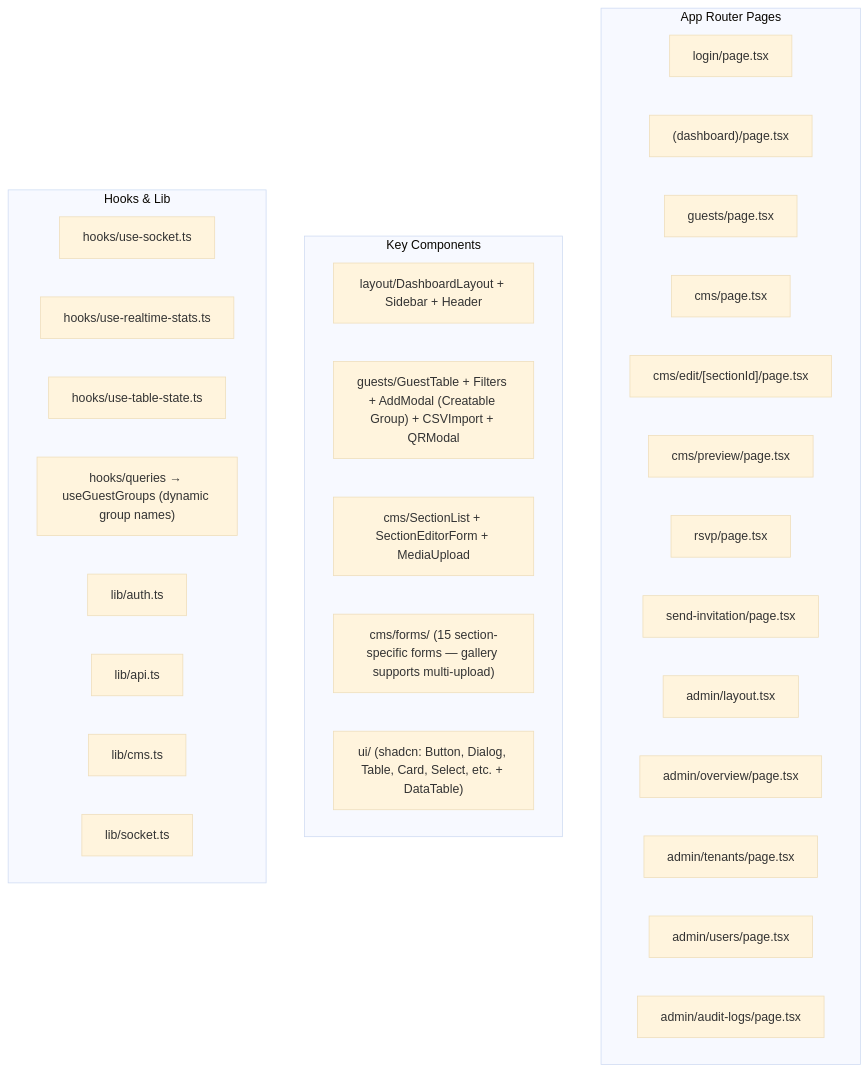
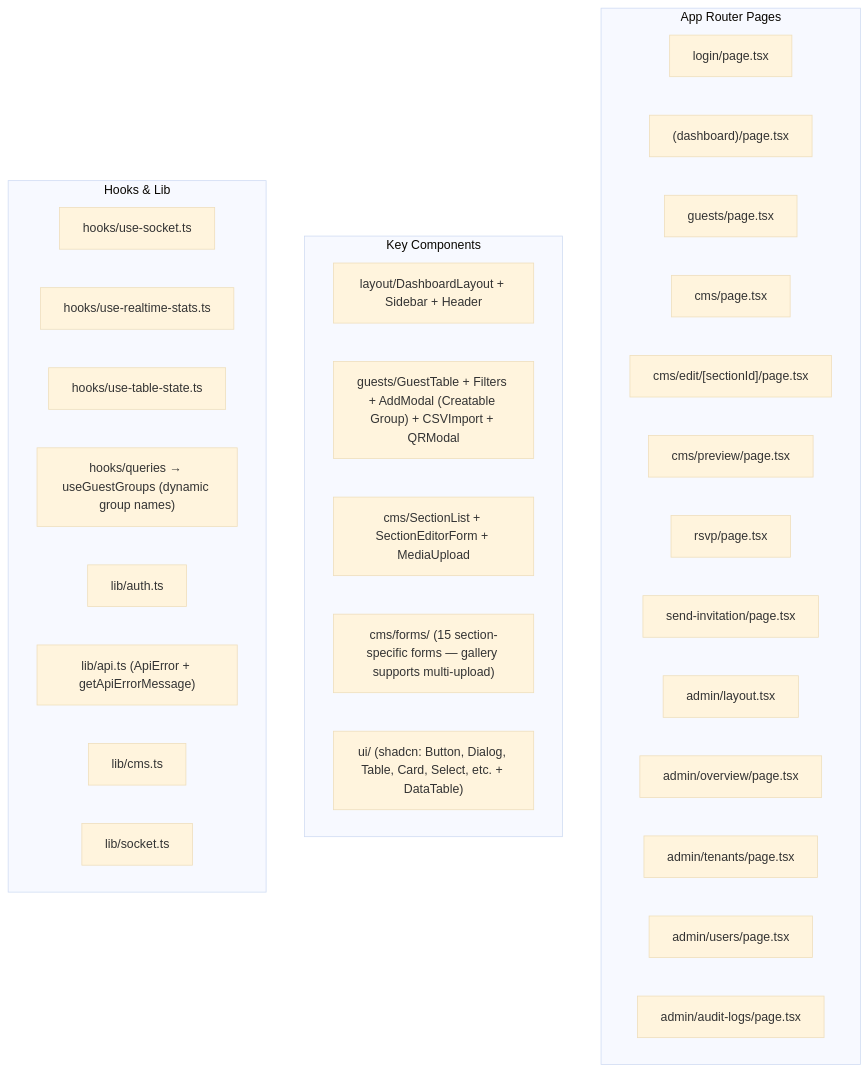
One commit to maru-story/wedding-ecosystem changed the fourth of 5 diagrams in .agents/summary/components.md. Above: the diagram before and after it, drawn with Mermaid (base theme). The commit also changed other lines of this file and 18 other files, not shown here.

First line of the commit message:
fix(frontend): sync error message handling with backend ApiError format

````diff
--- a/.agents/summary/components.md
+++ b/.agents/summary/components.md
@@ -147,37 +147,37 @@
 ```mermaid
 graph TB
     subgraph "App Router Pages"
         Login["login/page.tsx"]
         Home["(dashboard)/page.tsx"]
         Guests["guests/page.tsx"]
         CMS["cms/page.tsx"]
         CMSEdit["cms/edit/[sectionId]/page.tsx"]
         CMSPreview["cms/preview/page.tsx"]
         RSVP["rsvp/page.tsx"]
         SendInvitation["send-invitation/page.tsx"]
         AdminLayout["admin/layout.tsx"]
         AdminOverview["admin/overview/page.tsx"]
         AdminTenants["admin/tenants/page.tsx"]
         AdminUsers["admin/users/page.tsx"]
         AdminAudit["admin/audit-logs/page.tsx"]
     end
 
     subgraph "Key Components"
         Layout["layout/DashboardLayout + Sidebar + Header"]
         GuestTable["guests/GuestTable + Filters + AddModal (Creatable Group) + CSVImport + QRModal"]
         CMSComp["cms/SectionList + SectionEditorForm + MediaUpload"]
         Forms["cms/forms/ (15 section-specific forms — gallery supports multi-upload)"]
         UI["ui/ (shadcn: Button, Dialog, Table, Card, Select, etc. + DataTable)"]
     end
 
     subgraph "Hooks & Lib"
         UseSocket["hooks/use-socket.ts"]
         UseStats["hooks/use-realtime-stats.ts"]
         UseTable["hooks/use-table-state.ts"]
         UseGroups["hooks/queries → useGuestGroups (dynamic group names)"]
         AuthLib["lib/auth.ts"]
-        APILib["lib/api.ts"]
+        APILib["lib/api.ts (ApiError + getApiErrorMessage)"]
         CMSLib["lib/cms.ts"]
         SocketLib["lib/socket.ts"]
     end
 ```
````
